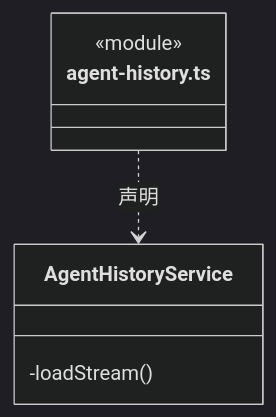
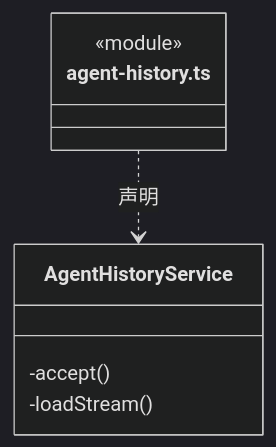
One commit to nan023062/cbim changed the third of 3 diagrams in src/logic/history/runtime/ARCHITECTURE.md. Above: the diagram before and after it, drawn with Mermaid (dark theme). The commit also changed other lines of this file and 139 other files, not shown here.

Commit message:
docs(architecture): add source reading paths and complete file inventories

````diff
--- a/src/logic/history/runtime/ARCHITECTURE.md
+++ b/src/logic/history/runtime/ARCHITECTURE.md
@@ -100,10 +104,11 @@
 ```mermaid
 classDiagram
 class N_src_logic_history_runtime_agent_history_ts["agent-history.ts"] {
   <<module>>
 }
 class N_src_logic_history_runtime_agent_history_ts_AgentHistoryService["AgentHistoryService"] {
+  -accept()
   -loadStream()
 }
 N_src_logic_history_runtime_agent_history_ts ..> N_src_logic_history_runtime_agent_history_ts_AgentHistoryService : 声明
 ```
````
